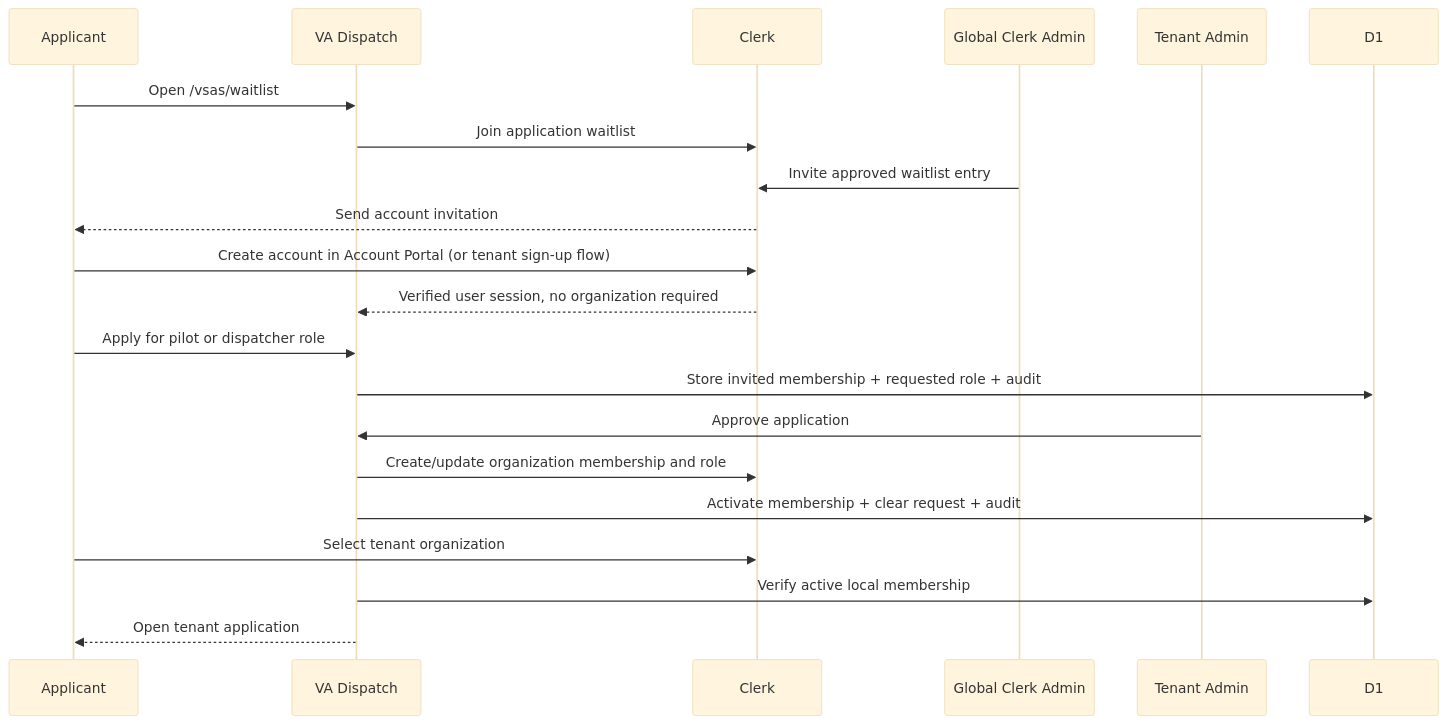
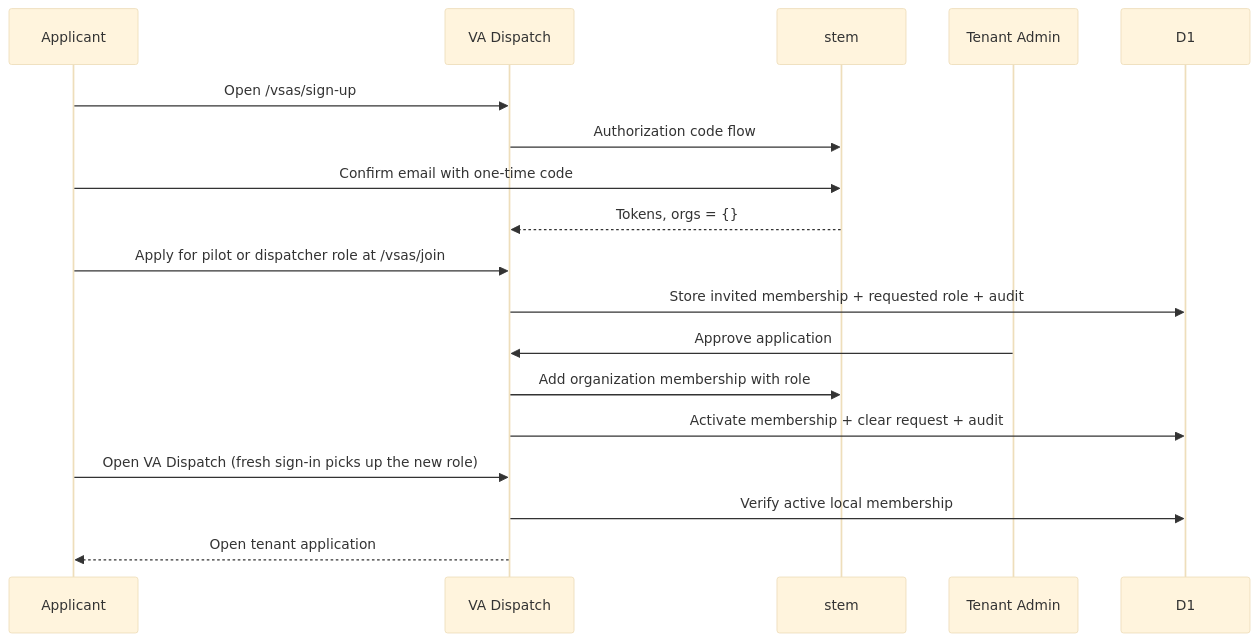
Before and after one commit to shiftbloom-studio/va-dispatcher: the second of 2 diagrams in wiki/Authentication-and-Multi-Tenancy.md, drawn with Mermaid (base theme). The commit also changed other lines of this file and 87 other files, not shown here.

First line of the commit message:
feat(web): sign in with stem instead of Clerk

````diff
--- a/wiki/Authentication-and-Multi-Tenancy.md
+++ b/wiki/Authentication-and-Multi-Tenancy.md
@@ -121,24 +123,21 @@
 ```mermaid
 sequenceDiagram
     participant U as Applicant
     participant W as VA Dispatch
-    participant C as Clerk
-    participant G as Global Clerk Admin
+    participant S as stem
     participant A as Tenant Admin
     participant D as D1
 
-    U->>W: Open /vsas/waitlist
-    W->>C: Join application waitlist
-    G->>C: Invite approved waitlist entry
-    C-->>U: Send account invitation
-    U->>C: Create account in Account Portal (or tenant sign-up flow)
-    C-->>W: Verified user session, no organization required
-    U->>W: Apply for pilot or dispatcher role
+    U->>W: Open /vsas/sign-up
+    W->>S: Authorization code flow
+    U->>S: Confirm email with one-time code
+    S-->>W: Tokens, orgs = {}
+    U->>W: Apply for pilot or dispatcher role at /vsas/join
     W->>D: Store invited membership + requested role + audit
     A->>W: Approve application
-    W->>C: Create/update organization membership and role
+    W->>S: Add organization membership with role
     W->>D: Activate membership + clear request + audit
-    U->>C: Select tenant organization
+    U->>W: Open VA Dispatch (fresh sign-in picks up the new role)
     W->>D: Verify active local membership
     W-->>U: Open tenant application
 ```
````
